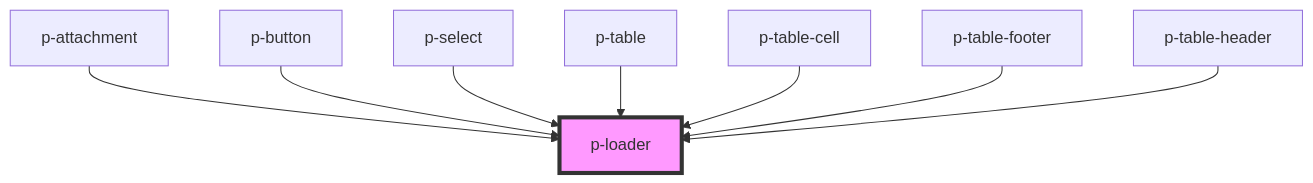
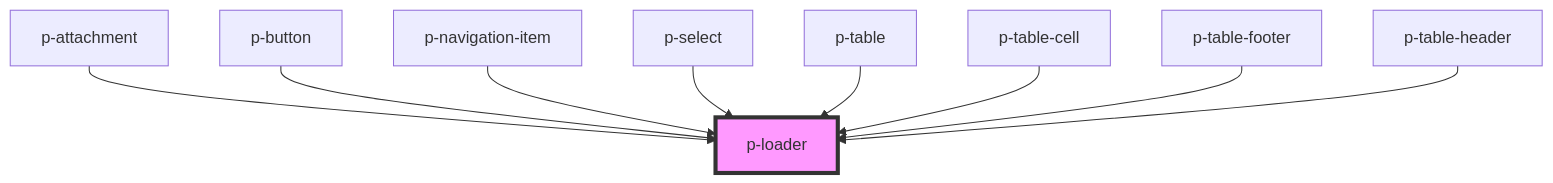
One commit to Employes/paperless changed the diagram in packages/core/src/components/atoms/loader/readme.md. Above: the diagram before and after it, drawn with Mermaid. The commit also changed other lines of this file and 17 other files, not shown here.

Commit message:
feat(molecules/navigation-item): Add icon position & loading state

````diff
--- a/packages/core/src/components/atoms/loader/readme.md
+++ b/packages/core/src/components/atoms/loader/readme.md
@@ -36,11 +37,12 @@
 ```mermaid
 graph TD;
   p-attachment --> p-loader
   p-button --> p-loader
+  p-navigation-item --> p-loader
   p-select --> p-loader
   p-table --> p-loader
   p-table-cell --> p-loader
   p-table-footer --> p-loader
   p-table-header --> p-loader
   style p-loader fill:#f9f,stroke:#333,stroke-width:4px
 ```
````
